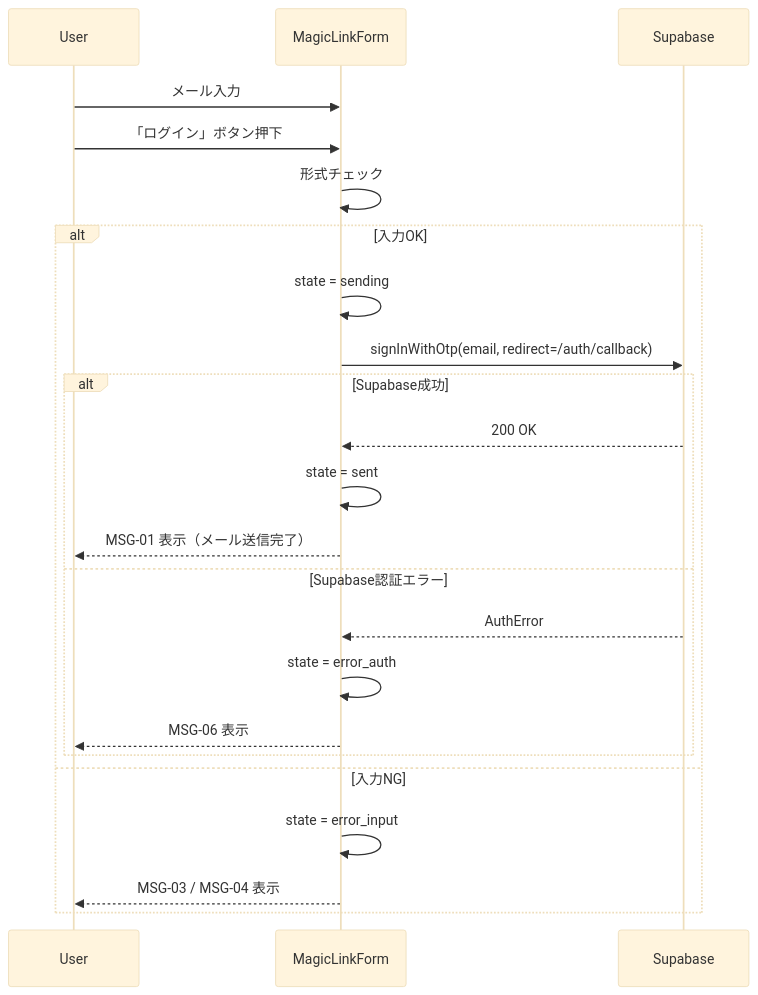
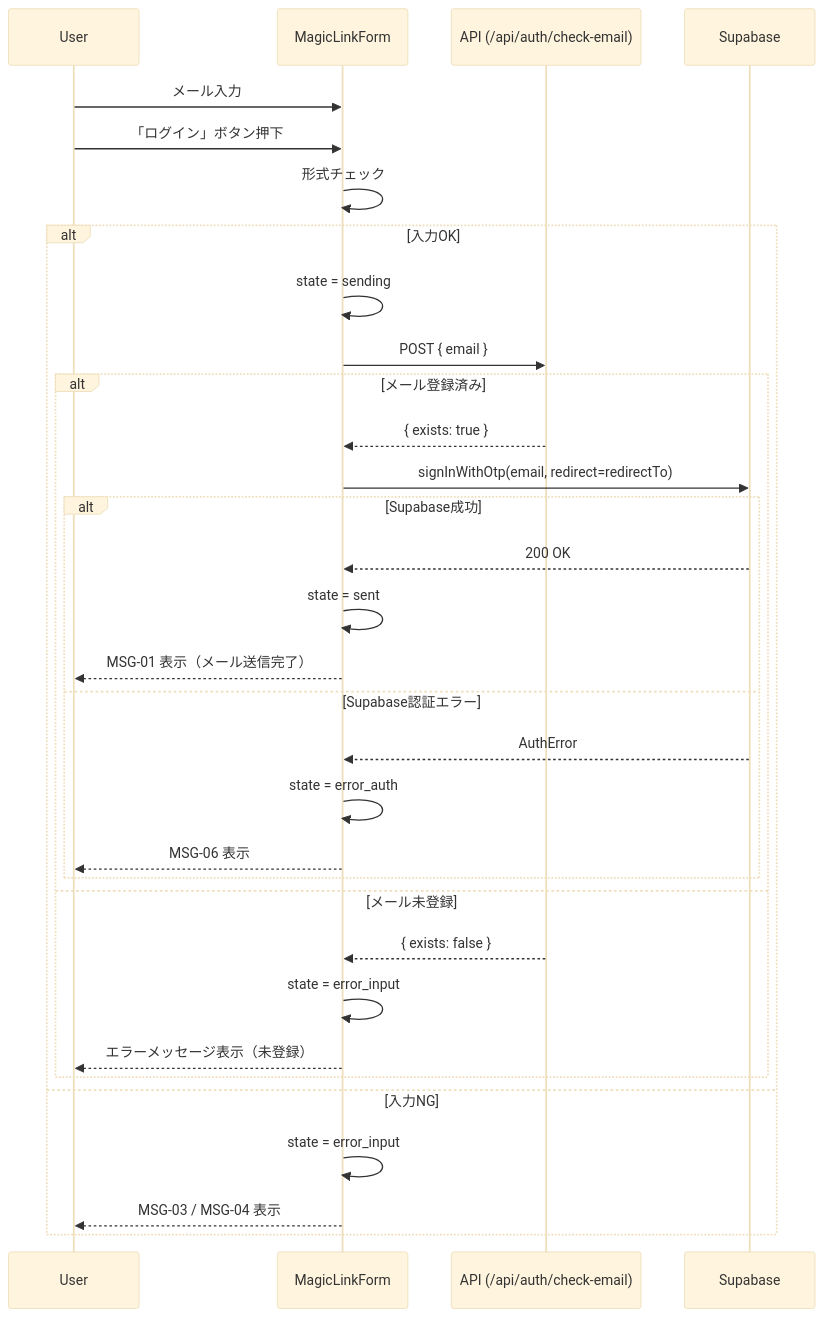
Before and after one commit to komogomo/01_docs: the second of 2 diagrams in 04_詳細設計/01_ログイン画面/MagicLinkForm-detail-design_v1.3.md, drawn with Mermaid (base theme). The commit also changed other lines of this file and 19 other files, not shown here.

````diff
--- a/04_詳細設計/01_ログイン画面/MagicLinkForm-detail-design_v1.3.md
+++ b/04_詳細設計/01_ログイン画面/MagicLinkForm-detail-design_v1.3.md
@@ -111,26 +115,35 @@
 ```mermaid
 sequenceDiagram
   participant U as User
   participant F as MagicLinkForm
+  participant A as API (/api/auth/check-email)
   participant S as Supabase
 
   U->>F: メール入力
   U->>F: 「ログイン」ボタン押下
   F->>F: 形式チェック
   alt 入力OK
     F->>F: state = sending
-    F->>S: signInWithOtp(email, redirect=/auth/callback)
-    alt Supabase成功
-      S-->>F: 200 OK
-      F->>F: state = sent
-      F-->>U: MSG-01 表示（メール送信完了）
-    else Supabase認証エラー
-      S-->>F: AuthError
-      F->>F: state = error_auth
-      F-->>U: MSG-06 表示
+    F->>A: POST { email }
+    alt メール登録済み
+      A-->>F: { exists: true }
+      F->>S: signInWithOtp(email, redirect=redirectTo)
+      alt Supabase成功
+        S-->>F: 200 OK
+        F->>F: state = sent
+        F-->>U: MSG-01 表示（メール送信完了）
+      else Supabase認証エラー
+        S-->>F: AuthError
+        F->>F: state = error_auth
+        F-->>U: MSG-06 表示
+      end
+    else メール未登録
+      A-->>F: { exists: false }
+      F->>F: state = error_input
+      F-->>U: エラーメッセージ表示（未登録）
     end
   else 入力NG
     F->>F: state = error_input
     F-->>U: MSG-03 / MSG-04 表示
   end
 ```
````
